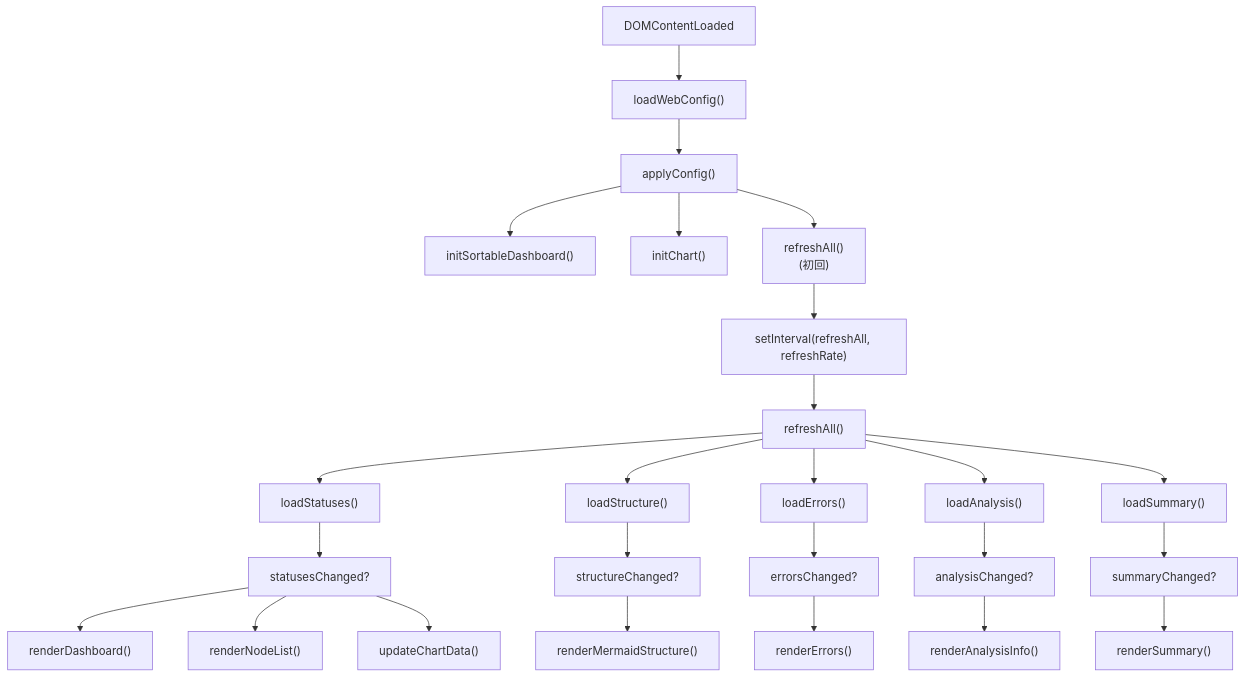
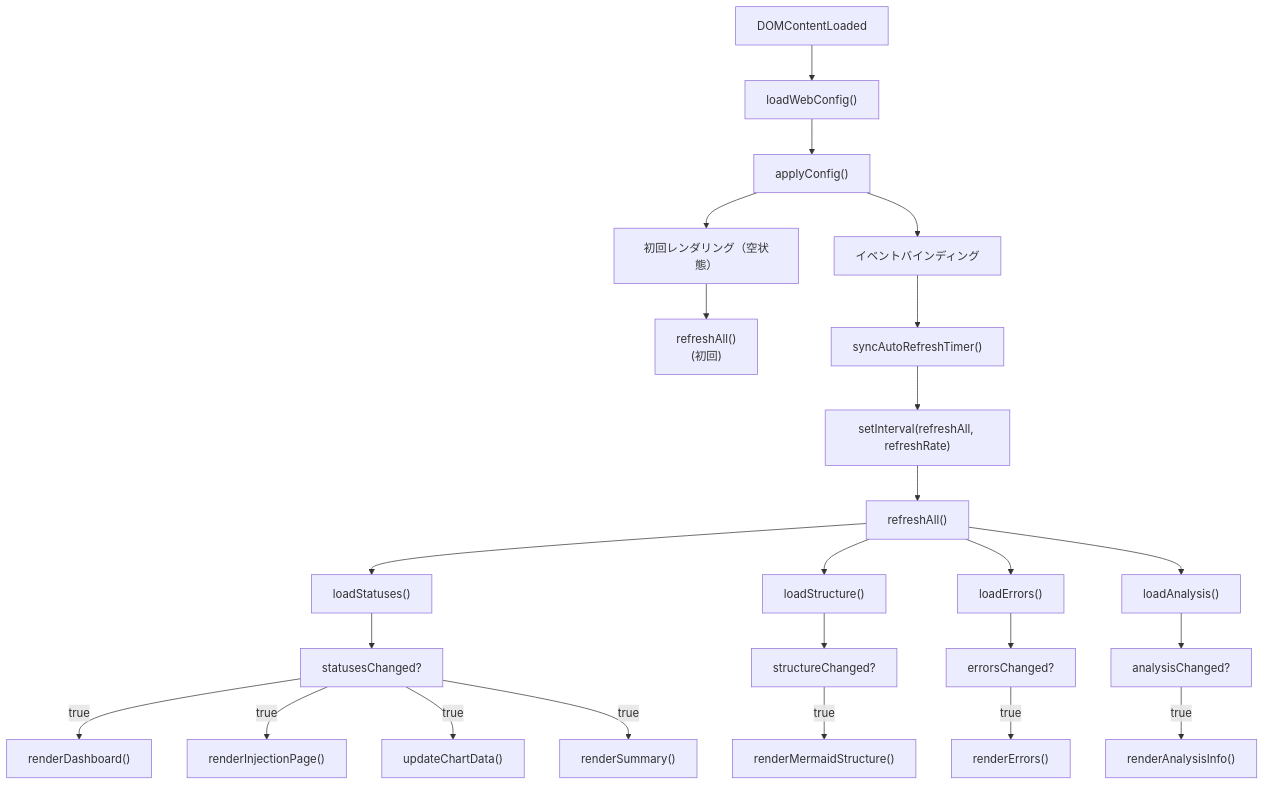
Before and after one commit to Mr-xiaotian/CelestialFlow: the second of 2 diagrams in docs/ja/src/web/static/ts/main.md, drawn with Mermaid. The commit also changed other lines of this file and 278 other files, not shown here.

````diff
--- a/docs/ja/src/web/static/ts/main.md
+++ b/docs/ja/src/web/static/ts/main.md
@@ -70,33 +99,31 @@
 ```mermaid
 flowchart TD
     A["DOMContentLoaded"] --> B["loadWebConfig()"]
     B --> C["applyConfig()"]
-    C --> D["initSortableDashboard()"]
-    C --> E["initChart()"]
-    C --> F["refreshAll()<br/>(初回)"]
-    F --> G["setInterval(refreshAll, refreshRate)"]
+    C --> D["初回レンダリング（空状態）"]
+    C --> E["イベントバインディング"]
+    D --> F["refreshAll()<br/>(初回)"]
+    E --> G["syncAutoRefreshTimer()"]
+    G --> H["setInterval(refreshAll, refreshRate)"]
 
-    G --> H["refreshAll()"]
-    H --> I["loadStatuses()"]
-    H --> J["loadStructure()"]
-    H --> K["loadErrors()"]
-    H --> L["loadAnalysis()"]
-    H --> M["loadSummary()"]
+    H --> RA["refreshAll()"]
+    RA --> I["loadStatuses()"]
+    RA --> J["loadStructure()"]
+    RA --> K["loadErrors()"]
+    RA --> L["loadAnalysis()"]
 
     I --> N["statusesChanged?"]
-    N --> O["renderDashboard()"]
-    N --> P["renderNodeList()"]
-    N --> Q["updateChartData()"]
+    N -->|true| O["renderDashboard()"]
+    N -->|true| P["renderInjectionPage()"]
+    N -->|true| Q["updateChartData()"]
+    N -->|true| R["renderSummary()"]
 
-    J --> R["structureChanged?"]
-    R --> S["renderMermaidStructure()"]
+    J --> S["structureChanged?"]
+    S -->|true| T["renderMermaidStructure()"]
 
-    K --> T["errorsChanged?"]
-    T --> U["renderErrors()"]
+    K --> U["errorsChanged?"]
+    U -->|true| V["renderErrors()"]
 
-    L --> V["analysisChanged?"]
-    V --> W["renderAnalysisInfo()"]
-
-    M --> X["summaryChanged?"]
-    X --> Y["renderSummary()"]
+    L --> W["analysisChanged?"]
+    W -->|true| X["renderAnalysisInfo()"]
 ```
````
